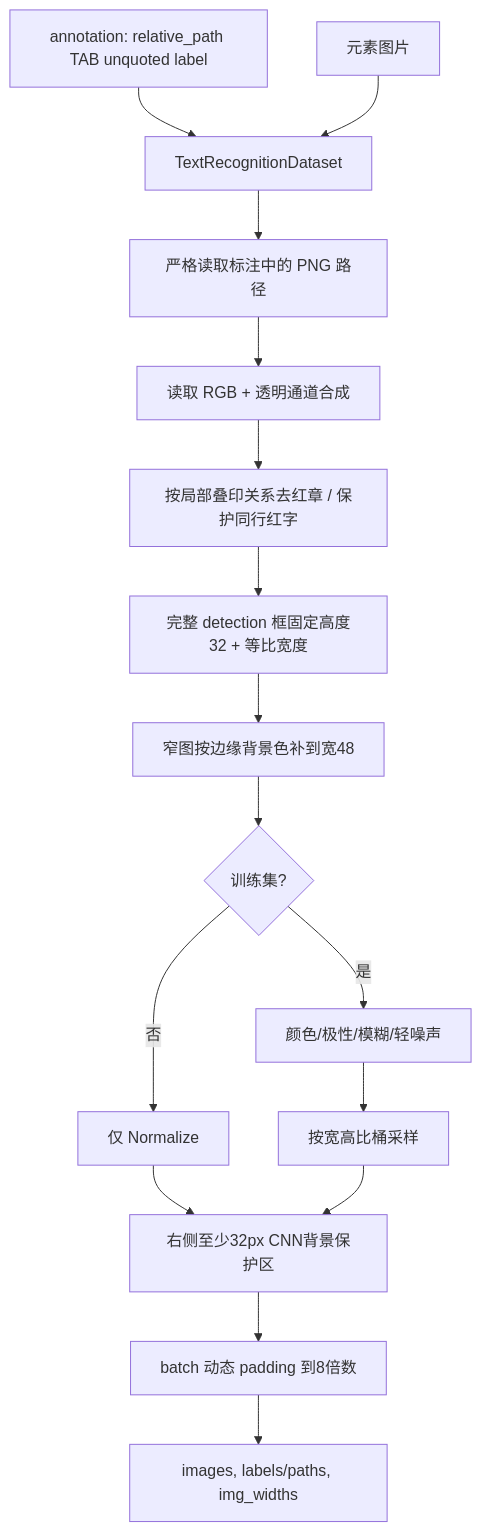
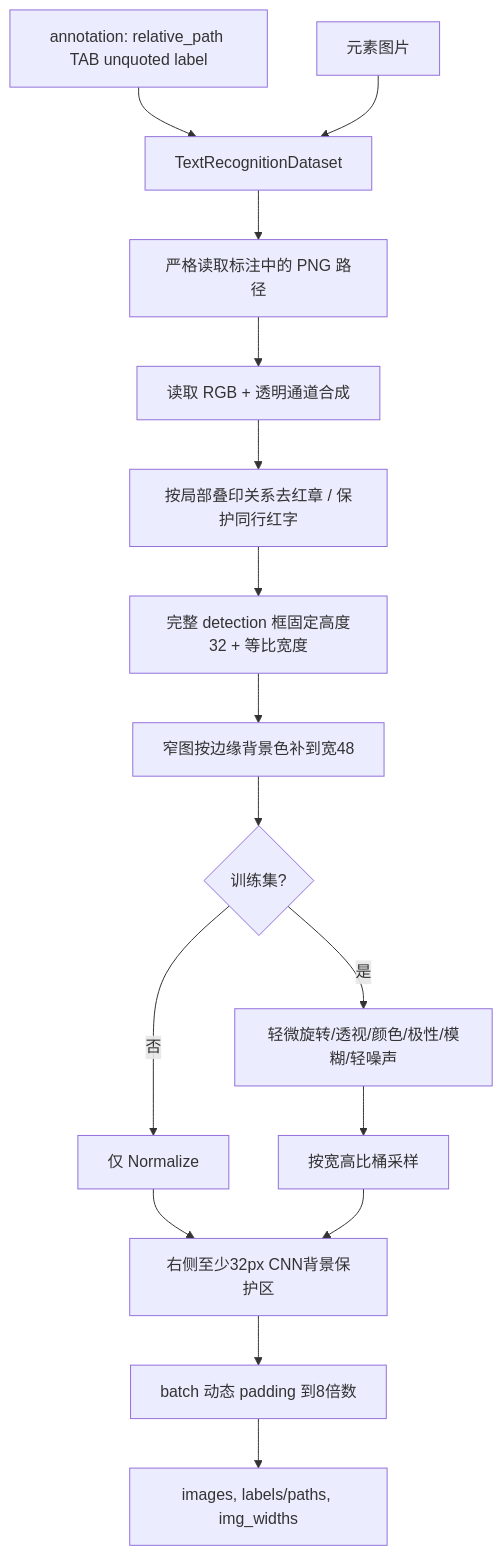
One commit to MAKENOTES/ocr-web changed the first of 3 diagrams in docs/recogniton/recognition.md. Above: the diagram before and after it, drawn with Mermaid. The commit also changed other lines of this file and 13 other files, not shown here.

````diff
--- a/docs/recogniton/recognition.md
+++ b/docs/recogniton/recognition.md
@@ -11,18 +11,18 @@
 ```mermaid
 flowchart TD
     A[annotation: relative_path TAB unquoted label] --> DS[TextRecognitionDataset]
     I[元素图片] --> DS
     DS --> PNG[严格读取标注中的 PNG 路径]
     PNG --> RGB[读取 RGB + 透明通道合成]
     RGB --> SEAL[按局部叠印关系去红章 / 保护同行红字]
     SEAL --> RESIZE[完整 detection 框固定高度32 + 等比宽度]
     RESIZE --> MINW[窄图按边缘背景色补到宽48]
     MINW --> AUG{训练集?}
-    AUG -->|是| TA[颜色/极性/模糊/轻噪声]
+    AUG -->|是| TA[轻微旋转/透视/颜色/极性/模糊/轻噪声]
     AUG -->|否| NORM[仅 Normalize]
     TA --> BUCKET[按宽高比桶采样]
     NORM --> CTX[右侧至少32px CNN背景保护区]
     BUCKET --> CTX
     CTX --> PAD[batch 动态 padding 到8倍数]
     PAD --> OUT[images, labels/paths, img_widths]
 ```
````
